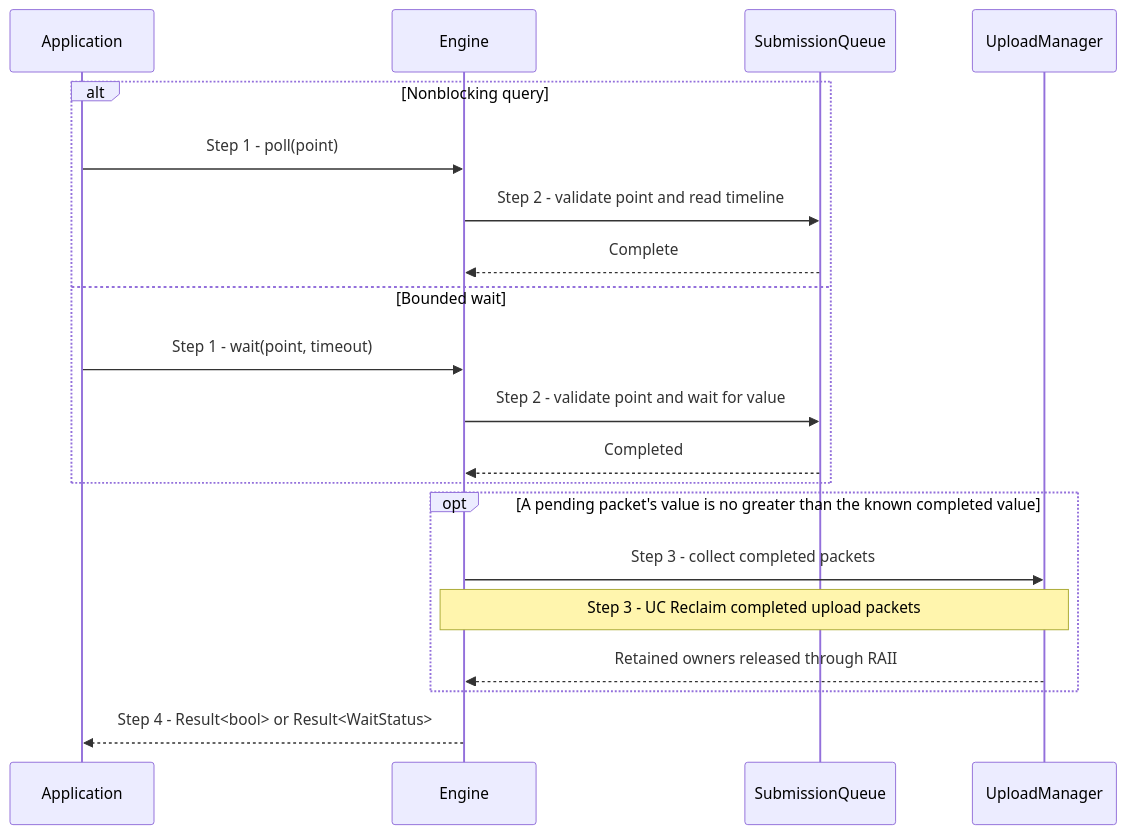
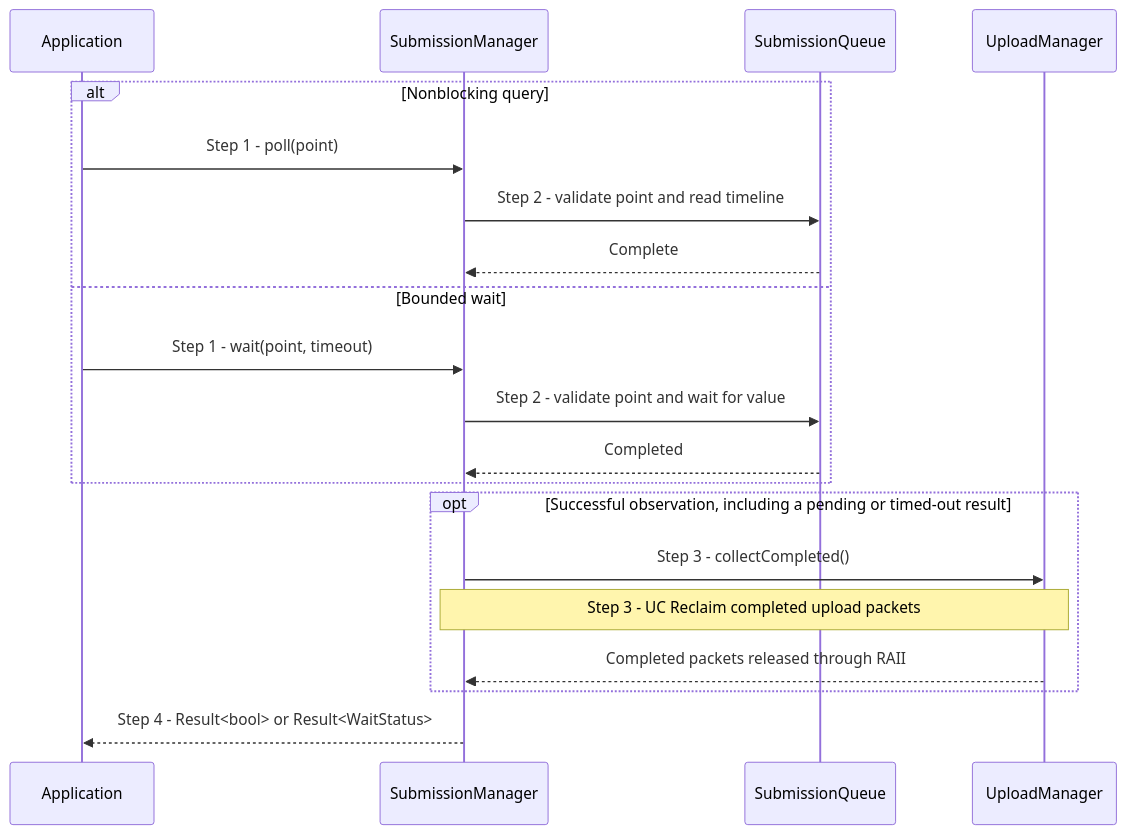
Before and after one commit to a-soltysik/Panda: the diagram in docs/use-cases/observe-completion.md, drawn with Mermaid. The commit also changed other lines of this file and 22 other files, not shown here.

Commit message:
Remove resource and submission callbacks into Engine (#123)

````diff
--- a/docs/use-cases/observe-completion.md
+++ b/docs/use-cases/observe-completion.md
@@ -33,22 +34,22 @@
 ```mermaid
 sequenceDiagram
     participant A as Application
-    participant C as Engine
+    participant S as SubmissionManager
     participant Q as SubmissionQueue
     participant U as UploadManager
     alt Nonblocking query
-        A->>C: Step 1 - poll(point)
-        C->>Q: Step 2 - validate point and read timeline
-        Q-->>C: Complete
+        A->>S: Step 1 - poll(point)
+        S->>Q: Step 2 - validate point and read timeline
+        Q-->>S: Complete
     else Bounded wait
-        A->>C: Step 1 - wait(point, timeout)
-        C->>Q: Step 2 - validate point and wait for value
-        Q-->>C: Completed
+        A->>S: Step 1 - wait(point, timeout)
+        S->>Q: Step 2 - validate point and wait for value
+        Q-->>S: Completed
     end
-    opt A pending packet's value is no greater than the known completed value
-        C->>U: Step 3 - collect completed packets
-        Note over C,U: Step 3 - UC Reclaim completed upload packets
-        U-->>C: Retained owners released through RAII
+    opt Successful observation, including a pending or timed-out result
+        S->>U: Step 3 - collectCompleted()
+        Note over S,U: Step 3 - UC Reclaim completed upload packets
+        U-->>S: Completed packets released through RAII
     end
-    C-->>A: Step 4 - Result<bool> or Result<WaitStatus>
+    S-->>A: Step 4 - Result<bool> or Result<WaitStatus>
 ```
````
